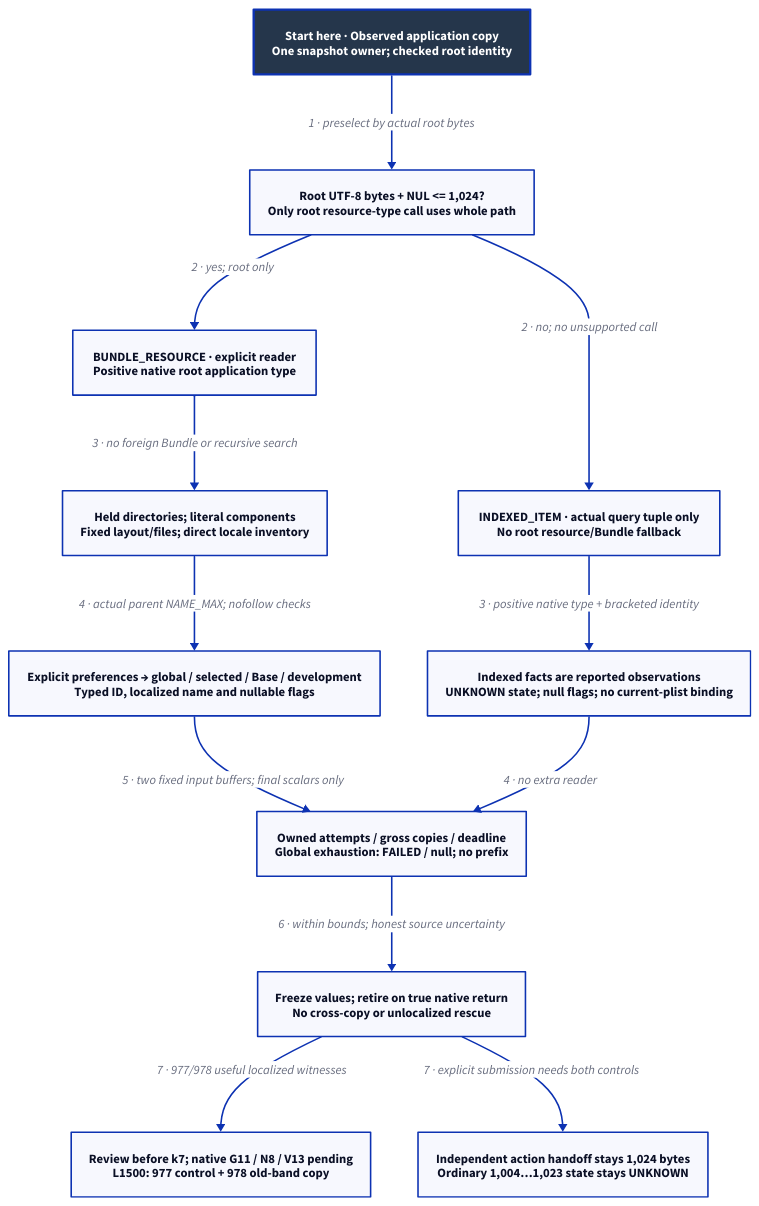
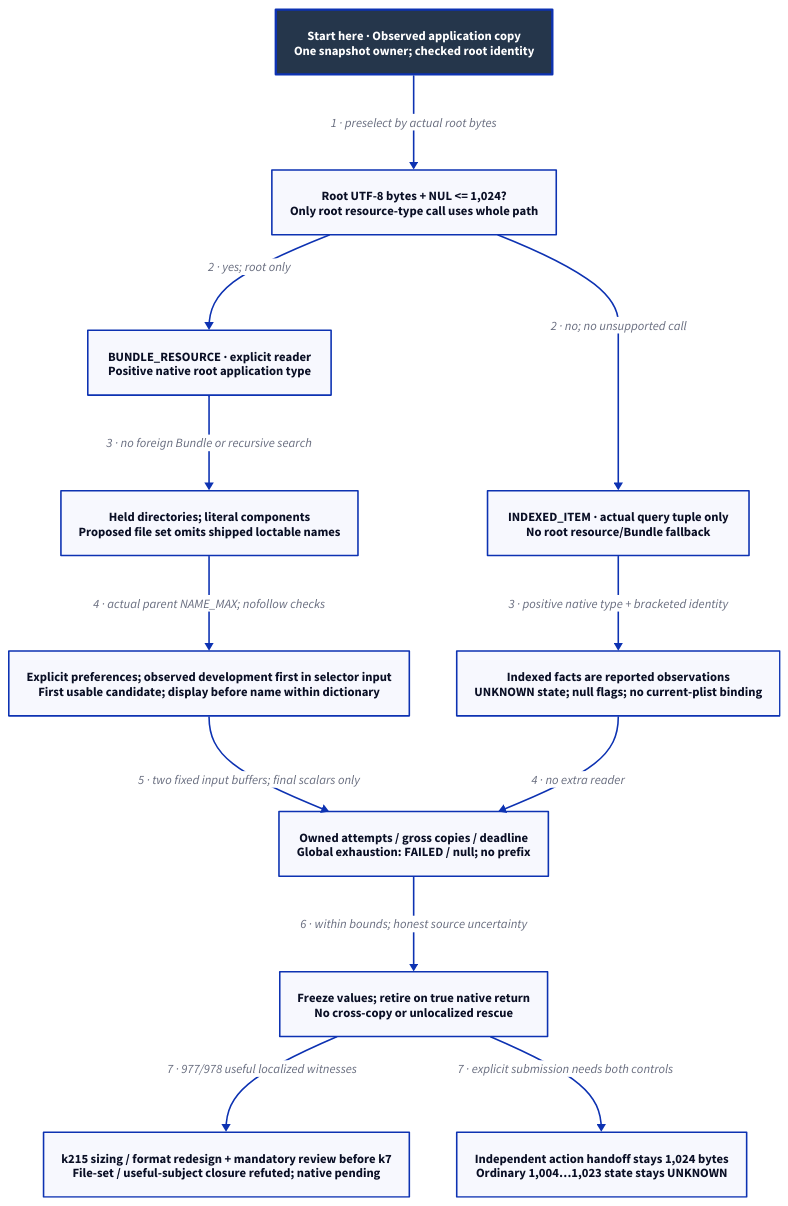
Before and after one commit to Linkuistics/Koine: the diagram in docs/design/architecture/native-localized-decision.d2, drawn with D2. The commit also changed 116 other files, not shown here.

Commit message:
Integrate application metadata review and require baseline redesign (application-localized-metadata-k214)

```diff
--- a/docs/design/architecture/native-localized-decision.d2
+++ b/docs/design/architecture/native-localized-decision.d2
@@ -1,27 +1,27 @@
 # Activity view of selected explicit reader; caller-visible admission, native pending.
 direction: down
 classes: {
   start: {style: {fill: "#25364B"; font-color: "#FFFFFF"; bold: true; stroke-width: 3}}
 }
 Start: "Start here · Observed application copy\nOne snapshot owner; checked root identity" {class: start}
 Boundary: "Root UTF-8 bytes + NUL <= 1,024?\nOnly root resource-type call uses whole path"
 Ordinary: "BUNDLE_RESOURCE · explicit reader\nPositive native root application type"
-Plan: "Held directories; literal components\nFixed layout/files; direct locale inventory"
-Names: "Explicit preferences → global / selected / Base / development\nTyped ID, localized name and nullable flags"
+Plan: "Held directories; literal components\nProposed file set omits shipped loctable names"
+Names: "Explicit preferences; observed development first in selector input\nFirst usable candidate; display before name within dictionary"
 Indexed: "INDEXED_ITEM · actual query tuple only\nNo root resource/Bundle fallback"
 Unknown: "Indexed facts are reported observations\nUNKNOWN state; null flags; no current-plist binding"
 Gates: "Owned attempts / gross copies / deadline\nGlobal exhaustion: FAILED / null; no prefix"
 Frozen: "Freeze values; retire on true native return\nNo cross-copy or unlocalized rescue"
-Qualification: "Review before k7; native G11 / N8 / V13 pending\nL1500: 977 control + 978 old-band copy"
+Qualification: "k215 sizing / format redesign + mandatory review before k7\nFile-set / useful-subject closure refuted; native pending"
 Action: "Independent action handoff stays 1,024 bytes\nOrdinary 1,004…1,023 state stays UNKNOWN"
 Start -> Boundary: "1 · preselect by actual root bytes"
 Boundary -> Ordinary: "2 · yes; root only"
 Boundary -> Indexed: "2 · no; no unsupported call"
 Ordinary -> Plan: "3 · no foreign Bundle or recursive search"
 Plan -> Names: "4 · actual parent NAME_MAX; nofollow checks"
 Names -> Gates: "5 · two fixed input buffers; final scalars only"
 Indexed -> Unknown: "3 · positive native type + bracketed identity"
 Unknown -> Gates: "4 · no extra reader"
 Gates -> Frozen: "6 · within bounds; honest source uncertainty"
 Frozen -> Qualification: "7 · 977/978 useful localized witnesses"
 Frozen -> Action: "7 · explicit submission needs both controls"
```
